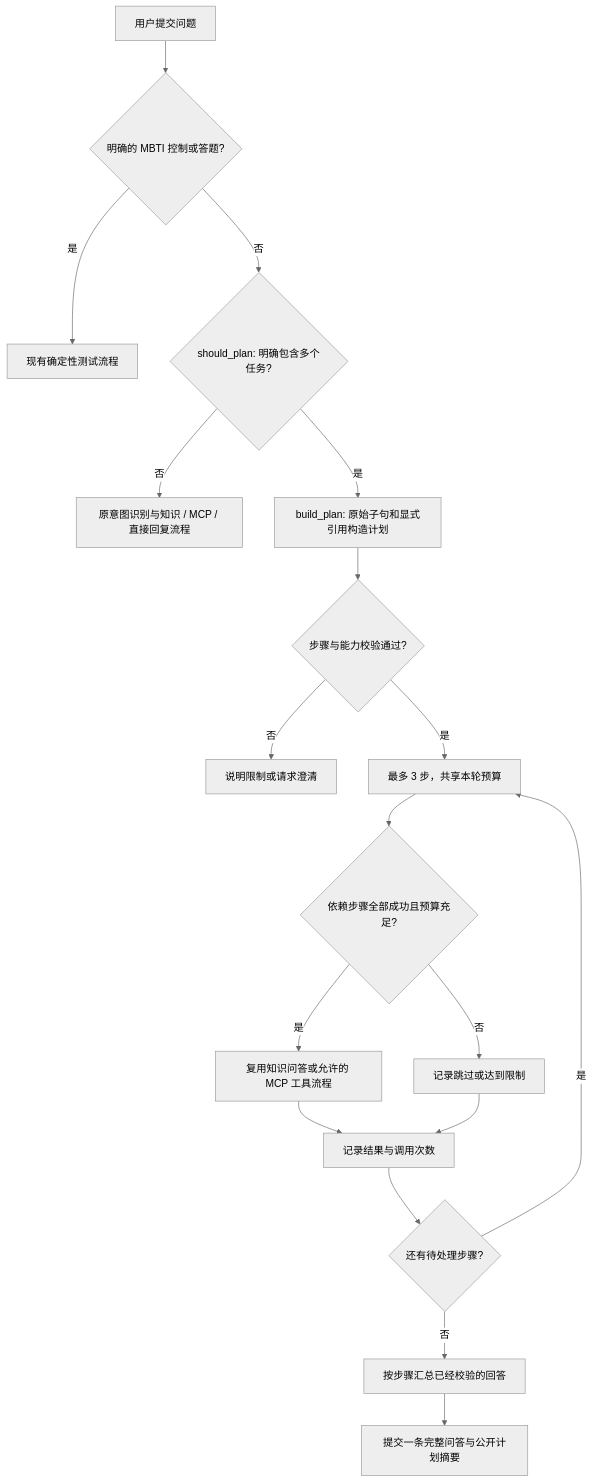
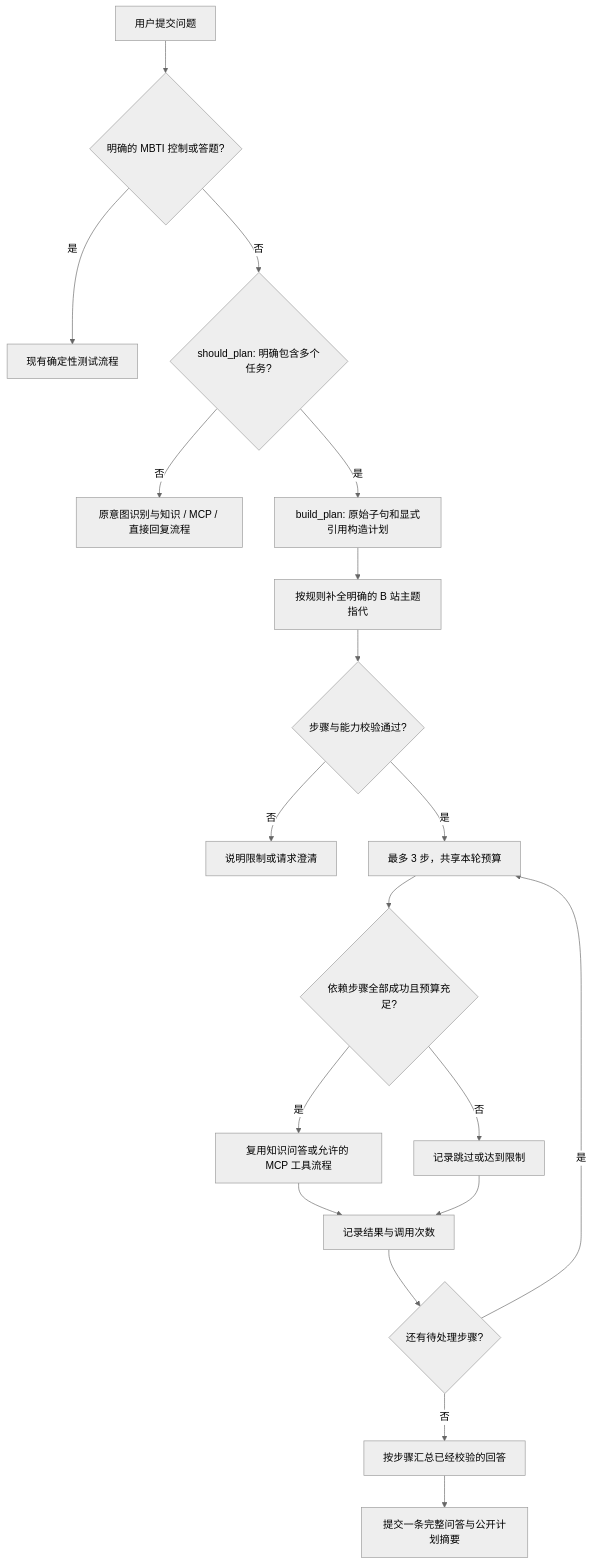
Before and after one commit to yun883251-W/person_A: the diagram in project_docs/INTENT_PLANNING.md, drawn with Mermaid (neutral theme). The commit also changed other lines of this file and 11 other files, not shown here.

````diff
--- a/project_docs/INTENT_PLANNING.md
+++ b/project_docs/INTENT_PLANNING.md
@@ -39,20 +39,21 @@
 ```mermaid
 flowchart TD
     A[用户提交问题] --> B{明确的 MBTI 控制或答题?}
     B -- 是 --> C[现有确定性测试流程]
     B -- 否 --> D{should_plan: 明确包含多个任务?}
     D -- 否 --> E[原意图识别与知识 / MCP / 直接回复流程]
     D -- 是 --> F[build_plan: 原始子句和显式引用构造计划]
-    F --> G{步骤与能力校验通过?}
+    F --> T[按规则补全明确的 B 站主题指代]
+    T --> G{步骤与能力校验通过?}
     G -- 否 --> H[说明限制或请求澄清]
     G -- 是 --> I[最多 3 步，共享本轮预算]
     I --> J{依赖步骤全部成功且预算充足?}
     J -- 是 --> K[复用知识问答或允许的 MCP 工具流程]
     J -- 否 --> L[记录跳过或达到限制]
     K --> M[记录结果与调用次数]
     L --> M
     M --> N{还有待处理步骤?}
     N -- 是 --> I
     N -- 否 --> O[按步骤汇总已经校验的回答]
     O --> P[提交一条完整问答与公开计划摘要]
 ```
````
